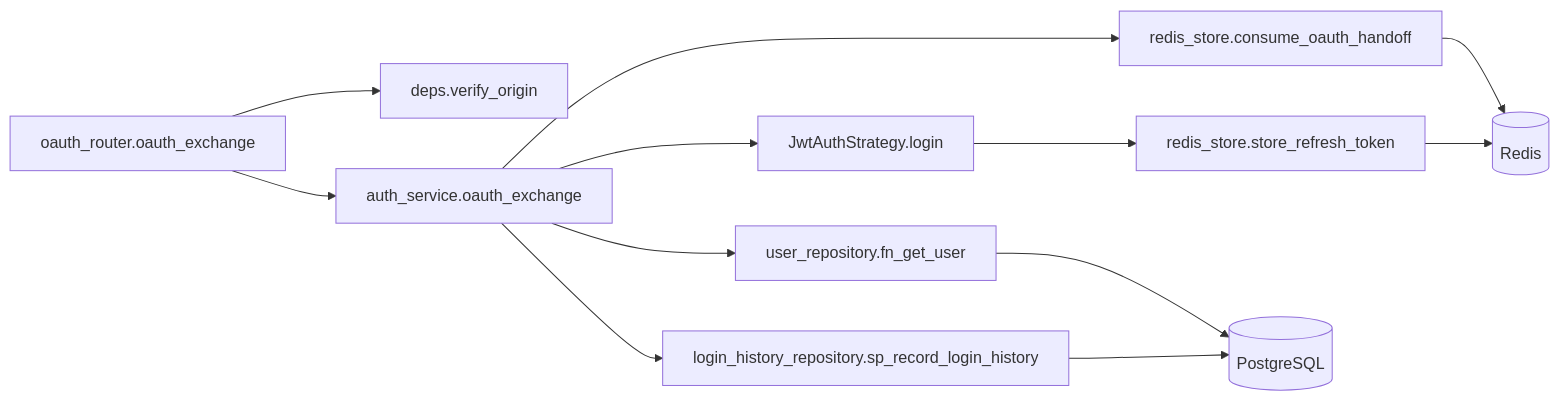
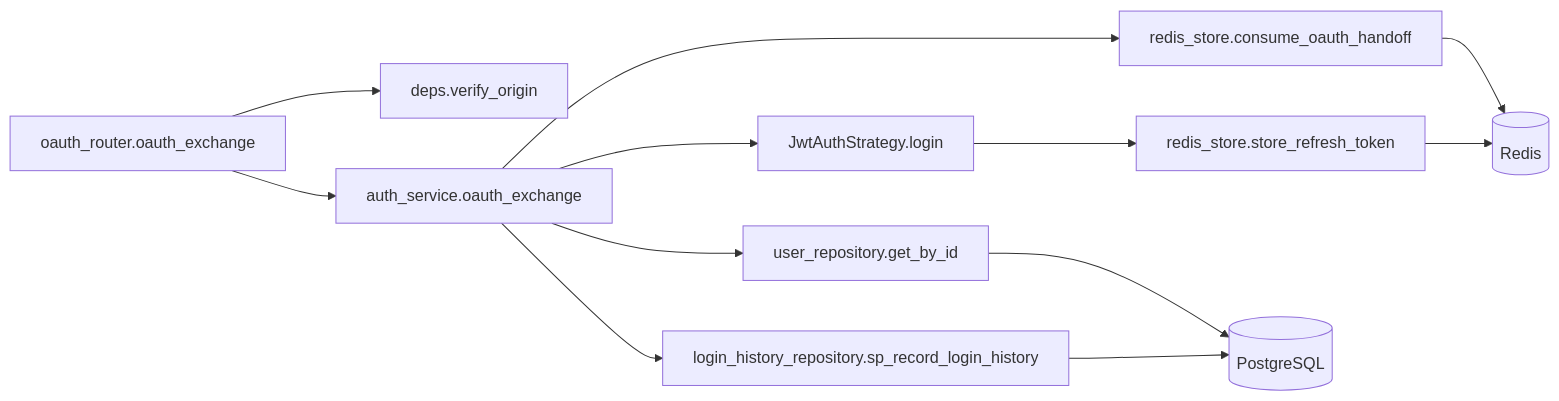
One commit to oikawa-d/task_management changed the third of 4 diagrams in docs/detailed_design/api/auth/13_post_auth_oauth_exchange.md. Above: the diagram before and after it, drawn with Mermaid. The commit also changed other lines of this file and 7 other files, not shown here.

````diff
--- a/docs/detailed_design/api/auth/13_post_auth_oauth_exchange.md
+++ b/docs/detailed_design/api/auth/13_post_auth_oauth_exchange.md
@@ -249,14 +249,14 @@
 ```mermaid
 flowchart LR
     R["oauth_router.oauth_exchange"] --> D["deps.verify_origin"]
     R --> S["auth_service.oauth_exchange"]
     S --> RS1["redis_store.consume_oauth_handoff"]
-    S --> URP["user_repository.fn_get_user"]
+    S --> URP["user_repository.get_by_id"]
     S --> JWTS["JwtAuthStrategy.login"]
     S --> LRP["login_history_repository.sp_record_login_history"]
     JWTS --> RS2["redis_store.store_refresh_token"]
     RS1 --> RD[("Redis")]
     RS2 --> RD
     URP --> PG[("PostgreSQL")]
     LRP --> PG
 ```
````
